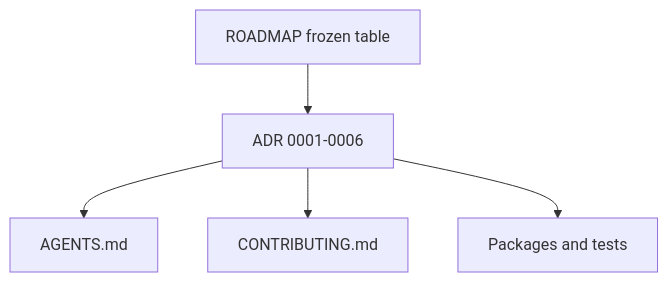
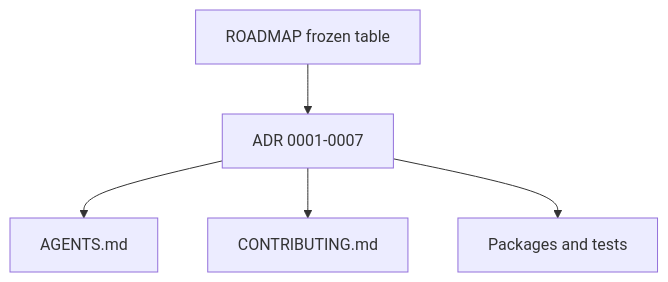
The diagram in docs/decisions/README.md (witzbeck/mtg-loop-engine), drawn with Mermaid before and after one commit. The commit also changed other lines of this file and 4 other files, not shown here.

````diff
--- a/docs/decisions/README.md
+++ b/docs/decisions/README.md
@@ -9,7 +9,7 @@
 ```mermaid
 graph TB;
-  roadmap[ROADMAP frozen table] --> adrSeed[ADR 0001-0006];
+  roadmap[ROADMAP frozen table] --> adrSeed[ADR 0001-0007];
   adrSeed --> agents[AGENTS.md];
   adrSeed --> contrib[CONTRIBUTING.md];
   adrSeed --> code[Packages and tests];
 ```
````
